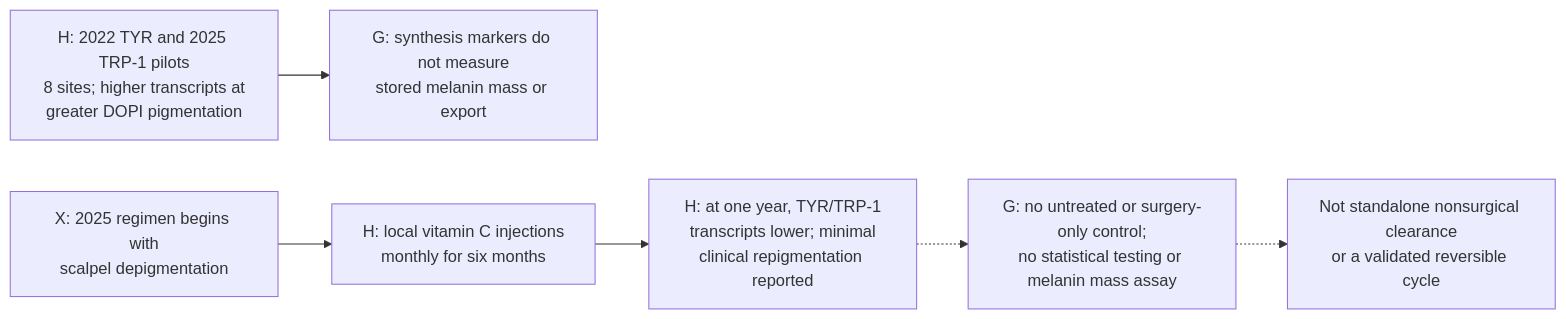
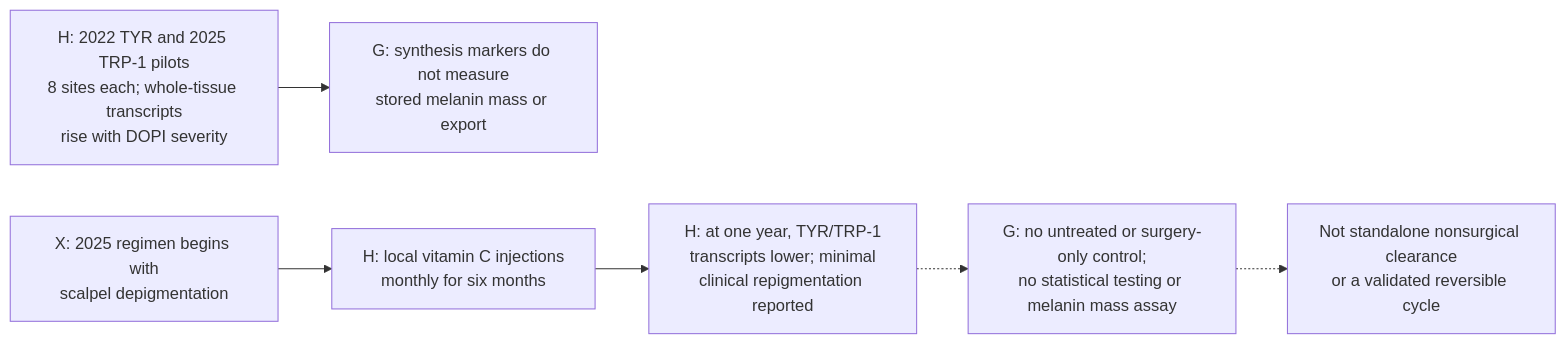
One commit to dylanstechmann/iris-color-without-contacts changed diagram 14 of 45 in research/tissue-pigment-atlas.md. Above: the diagram before and after it, drawn with Mermaid. The commit also changed other lines of this file, not shown here.

Commit message:
Clarify sample units and whole-tissue assay in gum atlas

````diff
--- a/research/tissue-pigment-atlas.md
+++ b/research/tissue-pigment-atlas.md
@@ -437,8 +437,8 @@
 ```mermaid
 flowchart LR
-    A["H: 2022 TYR and 2025 TRP-1 pilots<br/>8 sites; higher transcripts at<br/>greater DOPI pigmentation"] --> G["G: synthesis markers do not measure<br/>stored melanin mass or export"]
+    A["H: 2022 TYR and 2025 TRP-1 pilots<br/>8 sites each; whole-tissue transcripts<br/>rise with DOPI severity"] --> G["G: synthesis markers do not measure<br/>stored melanin mass or export"]
     X["X: 2025 regimen begins with<br/>scalpel depigmentation"] --> V["H: local vitamin C injections<br/>monthly for six months"]
     V --> Y["H: at one year, TYR/TRP-1<br/>transcripts lower; minimal<br/>clinical repigmentation reported"]
     Y -.-> L["G: no untreated or surgery-only control;<br/>no statistical testing or melanin mass assay"]
     L -.-> N["Not standalone nonsurgical clearance<br/>or a validated reversible cycle"]
 ```
````
